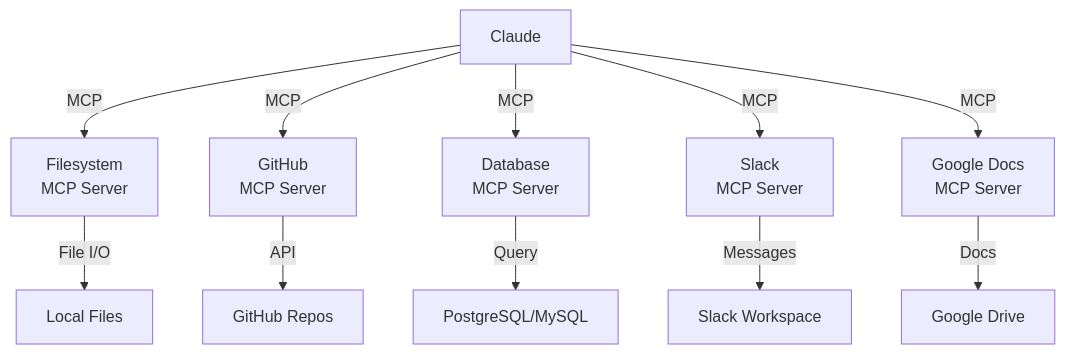
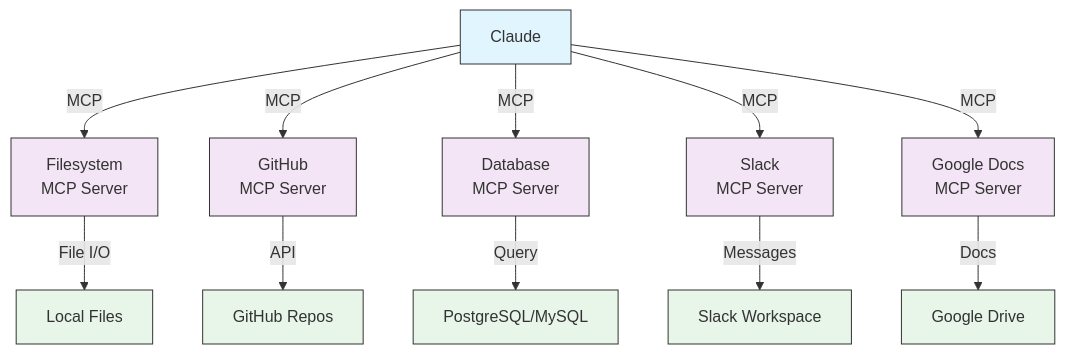
One commit to omnimasudo/croft-howto changed the second of 5 diagrams in 05-mcp/README.md. Above: the diagram before and after it, drawn with Mermaid. The commit also changed other lines of this file and 25 other files, not shown here.

````diff
--- a/05-mcp/README.md
+++ b/05-mcp/README.md
@@ -42,14 +46,26 @@
 ```mermaid
 graph TB
     A["Claude"] -->|MCP| B["Filesystem<br/>MCP Server"]
     A -->|MCP| C["GitHub<br/>MCP Server"]
     A -->|MCP| D["Database<br/>MCP Server"]
     A -->|MCP| E["Slack<br/>MCP Server"]
     A -->|MCP| F["Google Docs<br/>MCP Server"]
 
     B -->|File I/O| G["Local Files"]
     C -->|API| H["GitHub Repos"]
     D -->|Query| I["PostgreSQL/MySQL"]
     E -->|Messages| J["Slack Workspace"]
     F -->|Docs| K["Google Drive"]
+
+    style A fill:#e1f5fe,stroke:#333,color:#333
+    style B fill:#f3e5f5,stroke:#333,color:#333
+    style C fill:#f3e5f5,stroke:#333,color:#333
+    style D fill:#f3e5f5,stroke:#333,color:#333
+    style E fill:#f3e5f5,stroke:#333,color:#333
+    style F fill:#f3e5f5,stroke:#333,color:#333
+    style G fill:#e8f5e9,stroke:#333,color:#333
+    style H fill:#e8f5e9,stroke:#333,color:#333
+    style I fill:#e8f5e9,stroke:#333,color:#333
+    style J fill:#e8f5e9,stroke:#333,color:#333
+    style K fill:#e8f5e9,stroke:#333,color:#333
 ```
````
